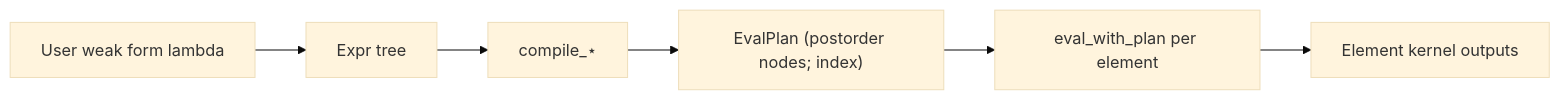
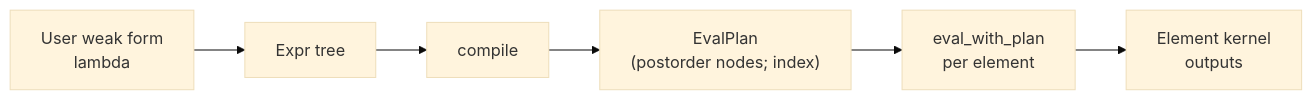
One commit to kevin-tofu/fluxfem changed the diagram in README.md. Above: the diagram before and after it, drawn with Mermaid (base theme).

Commit message:
add return

````diff
--- a/README.md
+++ b/README.md
@@ -48,8 +48,8 @@
 ```mermaid
 flowchart LR
-  A["User weak form lambda"] --> B["Expr tree"]
-  B --> C["compile_⋆"]
-  C --> D["EvalPlan (postorder nodes; index)"]
-  D --> E["eval_with_plan per element"]
-  E --> F["Element kernel outputs"]
+  A["User weak form<br/>lambda"] --> B["Expr tree"]
+  B --> C["compile"]
+  C --> D["EvalPlan<br/>(postorder nodes; index)"]
+  D --> E["eval_with_plan<br/>per element"]
+  E --> F["Element kernel<br/>outputs"]
 ```
````
